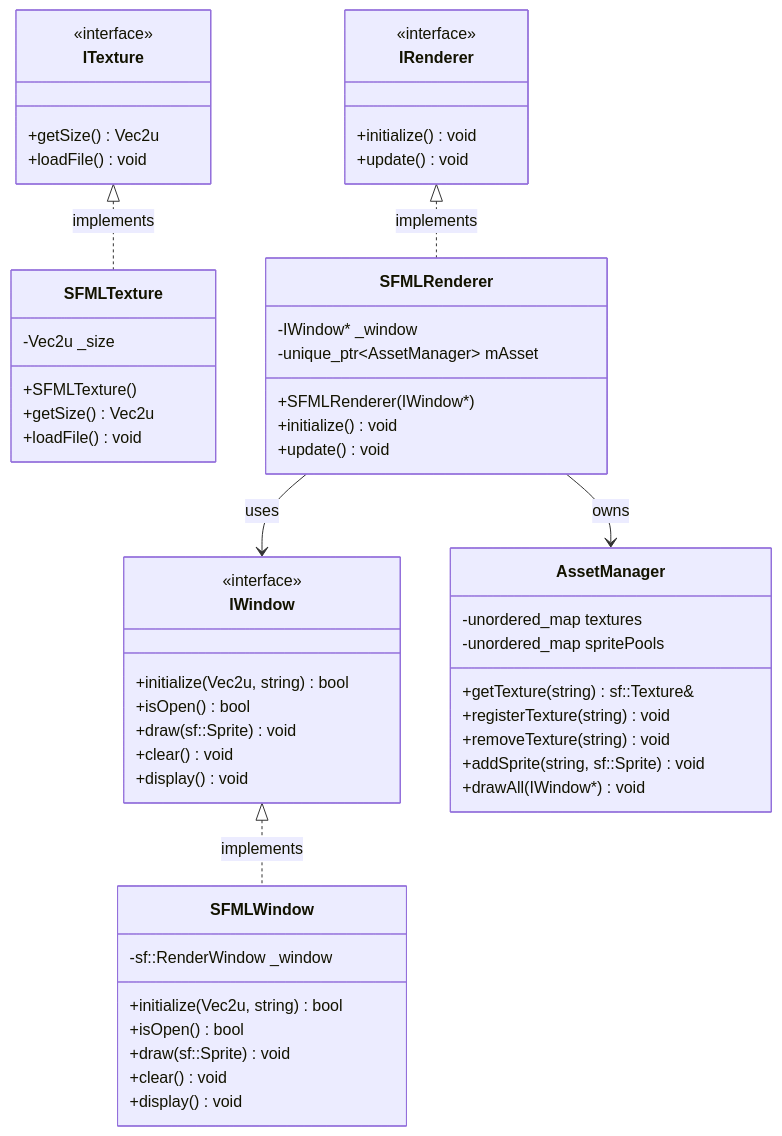
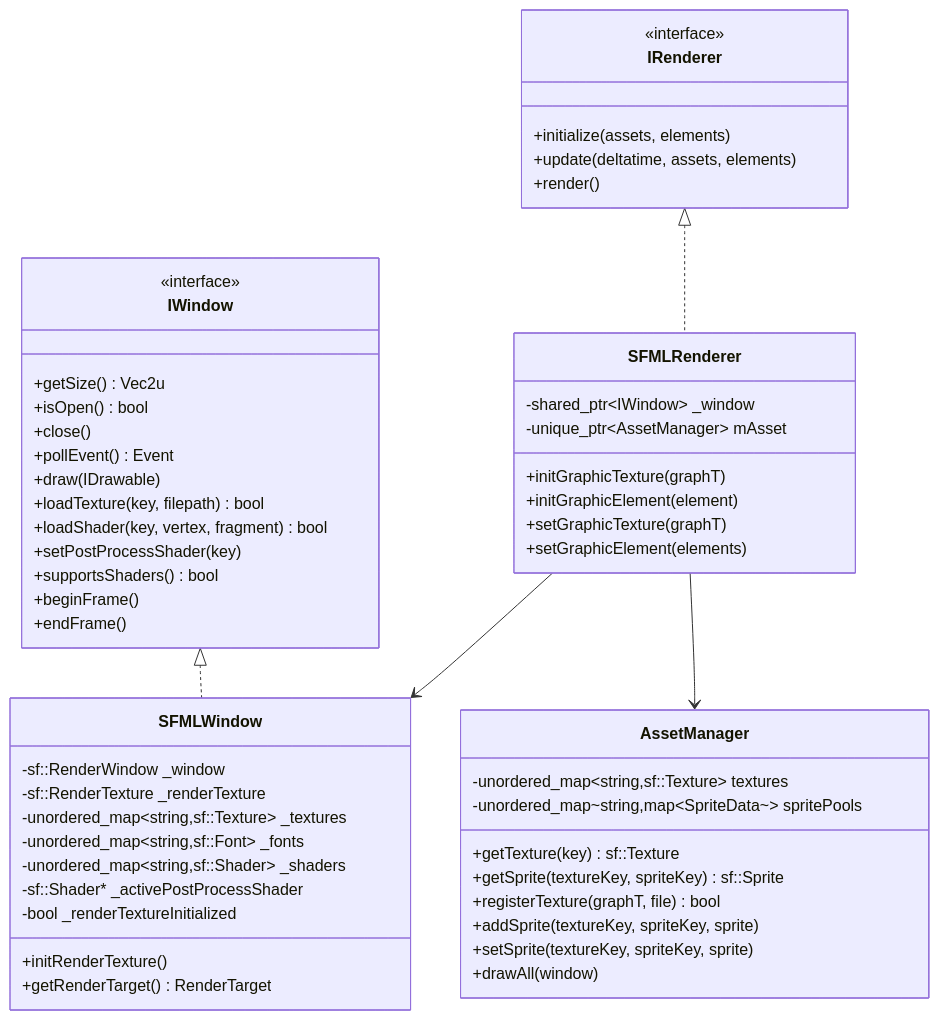
One commit to ChrisG-L/rtype changed the first of 2 diagrams in docs/client/graphics/sfml-implementation.md. Above: the diagram before and after it, drawn with Mermaid. The commit also changed other lines of this file and 1 other file, not shown here.

First line of the commit message:
docs: improve graphics library documentation

````diff
--- a/docs/client/graphics/sfml-implementation.md
+++ b/docs/client/graphics/sfml-implementation.md
@@ -21,63 +12,61 @@
 ```mermaid
 classDiagram
     class IWindow {
         <<interface>>
-        +initialize(Vec2u, string) bool
+        +getSize() Vec2u
         +isOpen() bool
-        +draw(sf::Sprite) void
-        +clear() void
-        +display() void
+        +close()
+        +pollEvent() Event
+        +draw(IDrawable)
+        +loadTexture(key, filepath) bool
+        +loadShader(key, vertex, fragment) bool
+        +setPostProcessShader(key)
+        +supportsShaders() bool
+        +beginFrame()
+        +endFrame()
     }
 
-    class ITexture {
-        <<interface>>
-        +getSize() Vec2u
-        +loadFile() void
+    class SFMLWindow {
+        -sf::RenderWindow _window
+        -sf::RenderTexture _renderTexture
+        -unordered_map~string,sf::Texture~ _textures
+        -unordered_map~string,sf::Font~ _fonts
+        -unordered_map~string,sf::Shader~ _shaders
+        -sf::Shader* _activePostProcessShader
+        -bool _renderTextureInitialized
+        +initRenderTexture()
+        +getRenderTarget() RenderTarget
     }
 
     class IRenderer {
         <<interface>>
-        +initialize() void
-        +update() void
-    }
-
-    class SFMLWindow {
-        -sf::RenderWindow _window
-        +initialize(Vec2u, string) bool
-        +isOpen() bool
-        +draw(sf::Sprite) void
-        +clear() void
-        +display() void
-    }
-
-    class SFMLTexture {
-        -Vec2u _size
-        +SFMLTexture()
-        +getSize() Vec2u
-        +loadFile() void
+        +initialize(assets, elements)
+        +update(deltatime, assets, elements)
+        +render()
     }
 
     class SFMLRenderer {
-        -IWindow* _window
+        -shared_ptr~IWindow~ _window
         -unique_ptr~AssetManager~ mAsset
-        +SFMLRenderer(IWindow*)
-        +initialize() void
-        +update() void
+        +initGraphicTexture(graphT)
+        +initGraphicElement(element)
+        +setGraphicTexture(graphT)
+        +setGraphicElement(elements)
     }
 
     class AssetManager {
-        -unordered_map textures
-        -unordered_map spritePools
-        +getTexture(string) sf::Texture&
-        +registerTexture(string) void
-        +removeTexture(string) void
-        +addSprite(string, sf::Sprite) void
-        +drawAll(IWindow*) void
+        -unordered_map~string,sf::Texture~ textures
+        -unordered_map~string,map~SpriteData~~ spritePools
+        +getTexture(key) sf::Texture
+        +getSprite(textureKey, spriteKey) sf::Sprite
+        +registerTexture(graphT, file) bool
+        +addSprite(textureKey, spriteKey, sprite)
+        +setSprite(textureKey, spriteKey, sprite)
+        +drawAll(window)
     }
 
-    IWindow <|.. SFMLWindow : implements
-    ITexture <|.. SFMLTexture : implements
-    IRenderer <|.. SFMLRenderer : implements
-    SFMLRenderer --> AssetManager : owns
-    SFMLRenderer --> IWindow : uses
+    IWindow <|.. SFMLWindow
+    IRenderer <|.. SFMLRenderer
+    SFMLRenderer --> AssetManager
+    SFMLRenderer --> SFMLWindow
 ```
````
